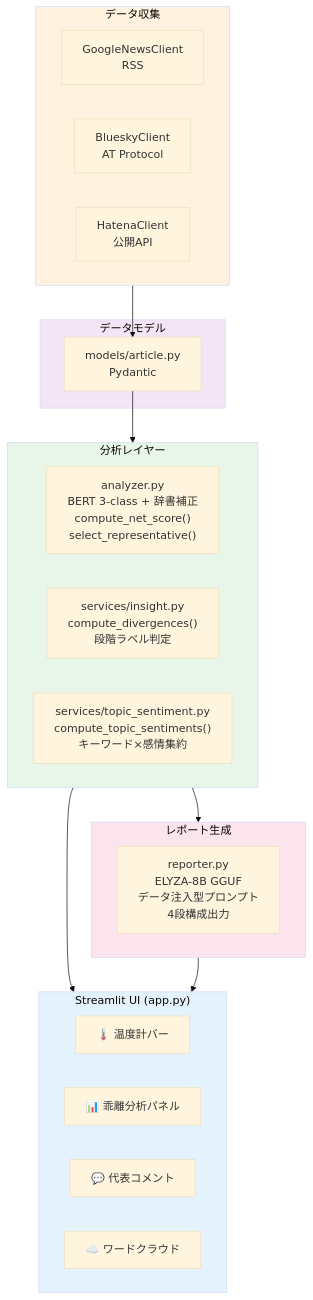
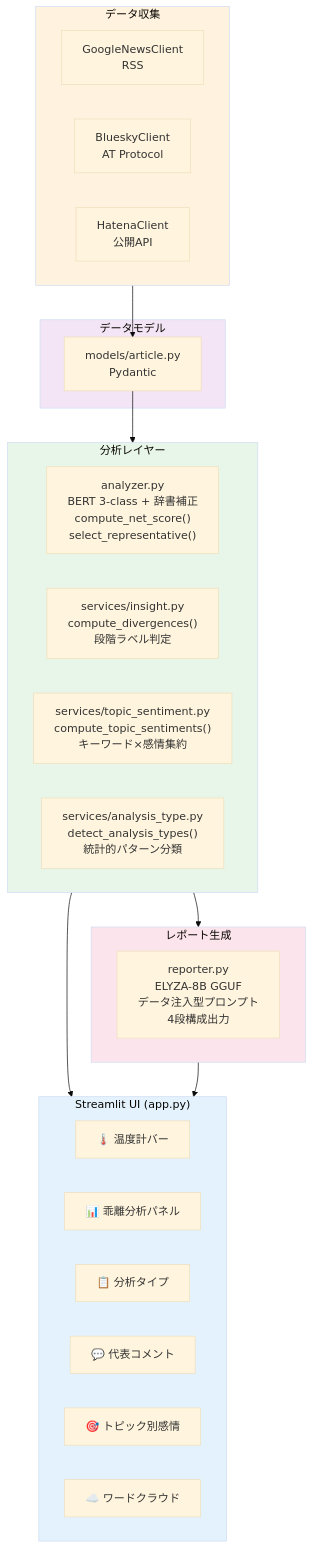
Before and after one commit to yutnagase/trend-insight-ai: the second of 2 diagrams in README.md, drawn with Mermaid (base theme). The commit also changed other lines of this file and 5 other files, not shown here.

````diff
--- a/README.md
+++ b/README.md
@@ -100,41 +131,44 @@
 ```mermaid
 flowchart TB
     subgraph UI["Streamlit UI (app.py)"]
         UI1["🌡️ 温度計バー"]
         UI2["📊 乖離分析パネル"]
-        UI3["💬 代表コメント"]
-        UI4["☁️ ワードクラウド"]
+        UI3["📋 分析タイプ"]
+        UI4["💬 代表コメント"]
+        UI5["🎯 トピック別感情"]
+        UI6["☁️ ワードクラウド"]
     end
 
     subgraph Analysis["分析レイヤー"]
         AN["analyzer.py<br/>BERT 3-class + 辞書補正<br/>compute_net_score()<br/>select_representative()"]
         IN["services/insight.py<br/>compute_divergences()<br/>段階ラベル判定"]
         TS["services/topic_sentiment.py<br/>compute_topic_sentiments()<br/>キーワード×感情集約"]
+        AT["services/analysis_type.py<br/>detect_analysis_types()<br/>統計的パターン分類"]
     end
 
     subgraph DataCollection["データ収集"]
         C1["GoogleNewsClient<br/>RSS"]
         C2["BlueskyClient<br/>AT Protocol"]
         C3["HatenaClient<br/>公開API"]
     end
 
     subgraph LLM["レポート生成"]
         RP["reporter.py<br/>ELYZA-8B GGUF<br/>データ注入型プロンプト<br/>4段構成出力"]
     end
 
     subgraph Model["データモデル"]
         MD["models/article.py<br/>Pydantic"]
     end
 
     DataCollection --> MD
     MD --> Analysis
     Analysis --> UI
     Analysis --> LLM
     LLM --> UI
 
     style UI fill:#e3f2fd
     style Analysis fill:#e8f5e9
     style DataCollection fill:#fff3e0
     style LLM fill:#fce4ec
     style Model fill:#f3e5f5
 ```
````
